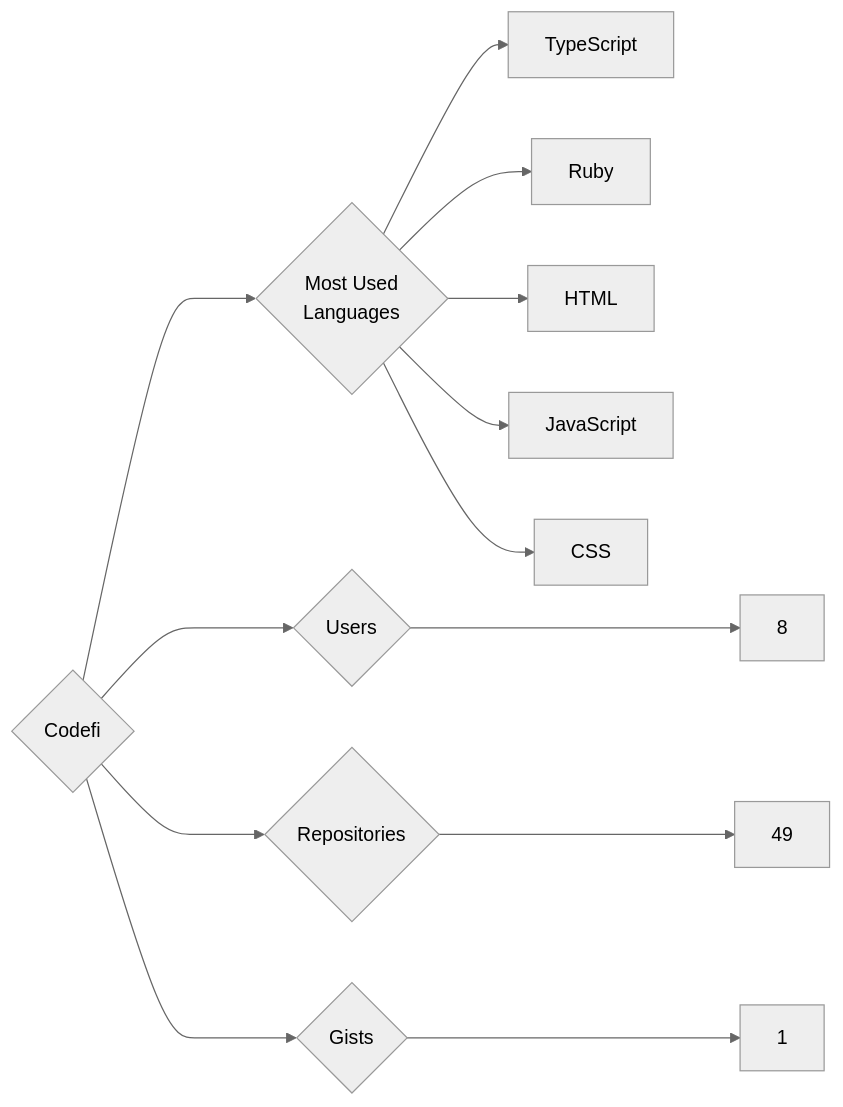
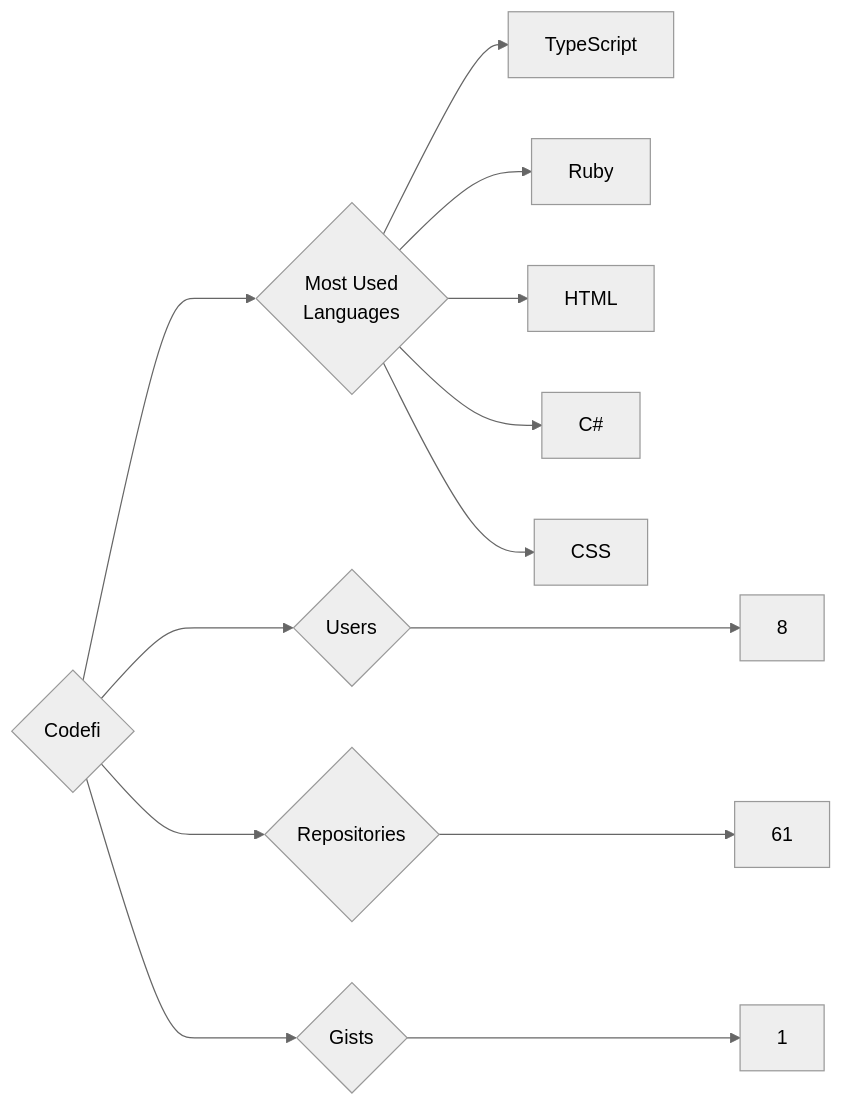
Before and after one commit to trickest/insiders: the diagram in targets/Codefi/README.md, drawn with Mermaid (neutral theme). The commit also changed 1167 other files, not shown here.

````diff
--- a/targets/Codefi/README.md
+++ b/targets/Codefi/README.md
@@ -3,13 +3,13 @@
 ```mermaid
 graph LR
 COMPANY_NAME{Codefi}
 COMPANY_NAME ---> U{Users} ---> UN[8]
-COMPANY_NAME ---> R{Repositories} ---> RN[49]
+COMPANY_NAME ---> R{Repositories} ---> RN[61]
 COMPANY_NAME ---> G{Gists} ---> GN[1]
 COMPANY_NAME ---> ML{Most Used<br>Languages}
 ML --> TypeScript[TypeScript]
 ML --> Ruby[Ruby]
 ML --> HTML[HTML]
-ML --> JavaScript[JavaScript]
+ML --> C#[C#]
 ML --> CSS[CSS]
 ```
````
